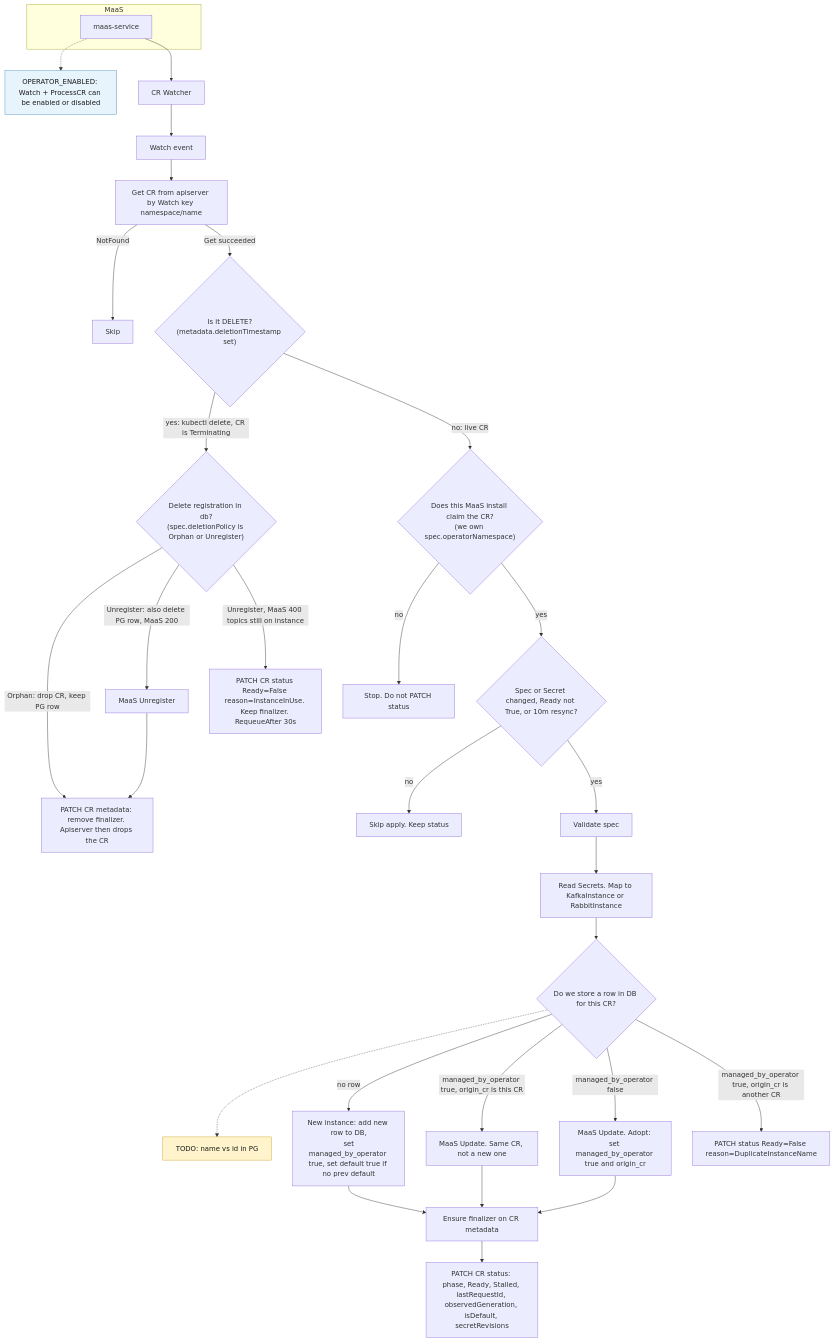
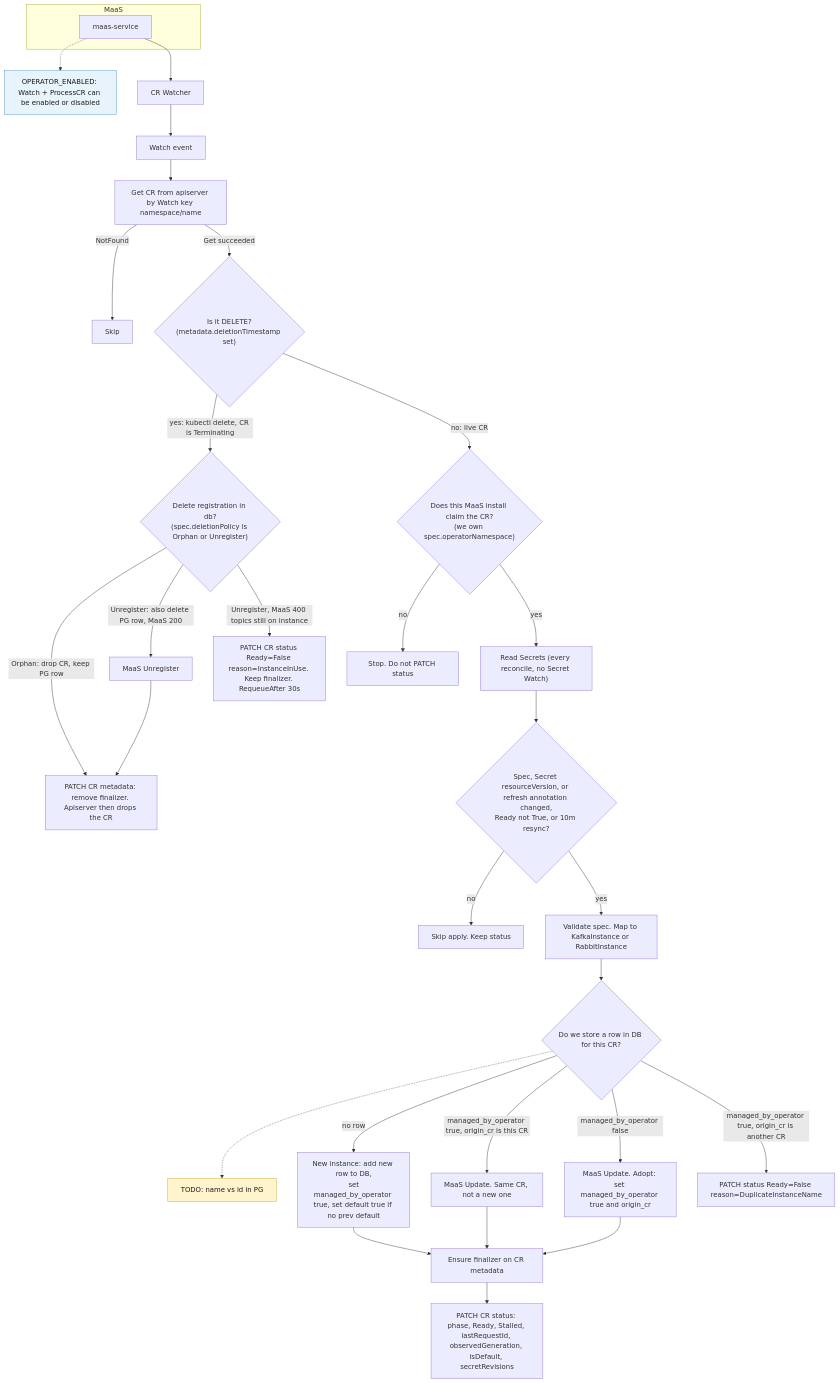
The first of 14 diagrams in docs/operator_design.md (Netcracker/qubership-maas), drawn with Mermaid before and after one commit. The commit also changed other lines of this file and 6 other files, not shown here.

````diff
--- a/docs/operator_design.md
+++ b/docs/operator_design.md
@@ -61,37 +61,37 @@
 ```mermaid
 flowchart TD
   subgraph maas [MaaS]
     service[maas-service]
   end
   service -.-> en["OPERATOR_ENABLED: Watch + ProcessCR can be enabled or disabled"]
   service --> watch[CR Watcher]
   watch --> event["Watch event"]
   event --> load["Get CR from apiserver by Watch key namespace/name"]
   load -->|"NotFound"| skipNf["Skip"]
   load -->|"Get succeeded"| del{"Is it DELETE?\n(metadata.deletionTimestamp set)"}
   del -->|"yes: kubectl delete, CR is Terminating"| policy{"Delete registration in db?\n(spec.deletionPolicy is Orphan or Unregister)"}
   policy -->|"Orphan: drop CR, keep PG row"| rmFin["PATCH CR metadata: remove finalizer. Apiserver then drops the CR"]
   policy -->|"Unregister: also delete PG row, MaaS 200"| unregDel["MaaS Unregister"]
   unregDel --> rmFin
   policy -->|"Unregister, MaaS 400 topics still on instance"| inUse["PATCH CR status Ready=False reason=InstanceInUse. Keep finalizer. RequeueAfter 30s"]
   del -->|"no: live CR"| claim{"Does this MaaS install claim the CR?\n(we own spec.operatorNamespace)"}
   claim -->|"no"| stop["Stop. Do not PATCH status"]
-  claim -->|"yes"| stale{"Spec or Secret changed, Ready not True, or 10m resync?"}
+  claim -->|"yes"| secrets["Read Secrets (every reconcile, no Secret Watch)"]
+  secrets --> stale{"Spec, Secret resourceVersion, or refresh annotation changed,\nReady not True, or 10m resync?"}
   stale -->|no| skip["Skip apply. Keep status"]
-  stale -->|yes| val["Validate spec"]
-  val --> secrets["Read Secrets. Map to KafkaInstance or RabbitInstance"]
-  secrets --> apply{"Do we store a row in DB for this CR?"}
+  stale -->|yes| val["Validate spec. Map to KafkaInstance or RabbitInstance"]
+  val --> apply{"Do we store a row in DB for this CR?"}
   apply -.-> nameId["TODO: name vs id in PG"]
   apply -->|no row| reg["New instance: add new row to DB,\n set managed_by_operator true, set default true if no prev default"]
   apply -->|"managed_by_operator true, origin_cr is this CR"| upd["MaaS Update. Same CR, not a new one"]
   apply -->|"managed_by_operator false"| adopt["MaaS Update. Adopt: set managed_by_operator true and origin_cr"]
   apply -->|"managed_by_operator true, origin_cr is another CR"| dup["PATCH status Ready=False reason=DuplicateInstanceName"]
   reg --> fin["Ensure finalizer on CR metadata"]
   upd --> fin
   adopt --> fin
   fin --> patch["PATCH CR status: phase, Ready, Stalled, lastRequestId, observedGeneration, isDefault, secretRevisions"]
   classDef todo fill:#fff4cc,stroke:#c9a227,color:#1a1a1a
   classDef tip fill:#e8f4fc,stroke:#4a90c4,color:#1a1a1a
   class todoTake,todoReady,nameId todo
   class en tip
 ```
````
